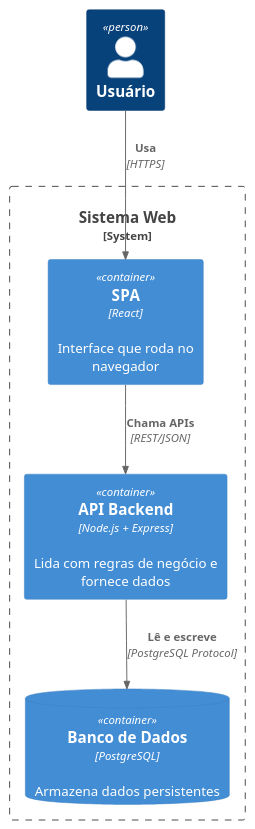
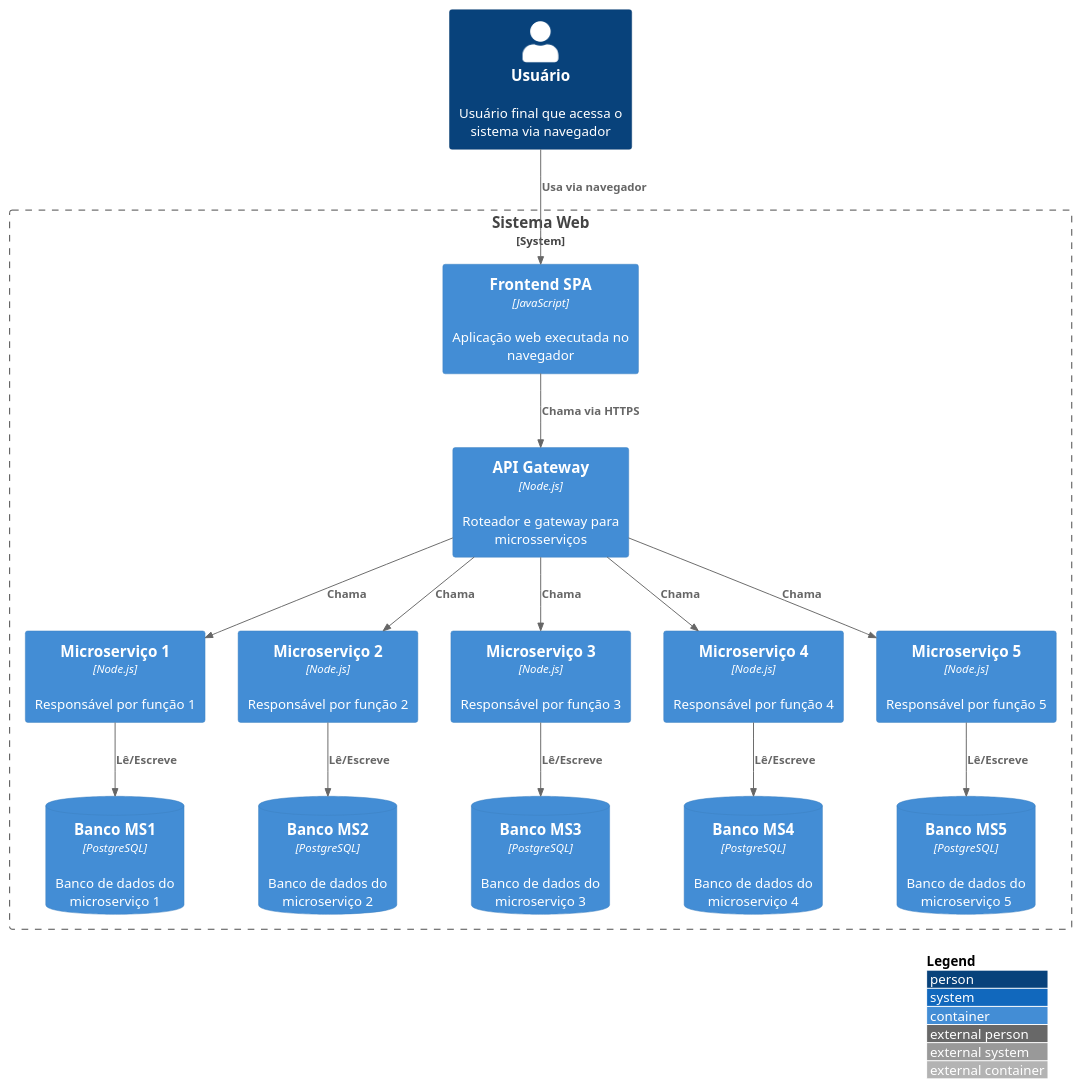
The diagram in diagrams/containers.puml (tiagodevweb/c4model), drawn with PlantUML before and after one commit. The commit also changed 1 other file, not shown here.

Commit message:
updated diagrams

```diff
--- a/diagrams/containers.puml
+++ b/diagrams/containers.puml
@@ -1,16 +1,40 @@
 @startuml C4_Container
-!includeurl https://raw.githubusercontent.com/RicardoNiepel/C4-PlantUML/master/C4_Container.puml
+!includeurl https://raw.githubusercontent.com/plantuml-stdlib/C4-PlantUML/master/C4_Container.puml
 
-Person(user, "Usuário")
+LAYOUT_WITH_LEGEND()
 
-System_Boundary(s1, "Sistema Web") {
-    Container(spa, "SPA", "React", "Interface que roda no navegador")
-    Container(api, "API Backend", "Node.js + Express", "Lida com regras de negócio e fornece dados")
-    ContainerDb(db, "Banco de Dados", "PostgreSQL", "Armazena dados persistentes")
+Person(user, "Usuário", "Usuário final que acessa o sistema via navegador")
+
+System_Boundary(system, "Sistema Web") {
+
+  Container(spa, "Frontend SPA", "JavaScript", "Aplicação web executada no navegador")
+  Container(api, "API Gateway", "Node.js", "Roteador e gateway para microsserviços")
+  
+  Container(ms1, "Microserviço 1", "Node.js", "Responsável por função 1")
+  Container(ms2, "Microserviço 2", "Node.js", "Responsável por função 2")
+  Container(ms3, "Microserviço 3", "Node.js", "Responsável por função 3")
+  Container(ms4, "Microserviço 4", "Node.js", "Responsável por função 4")
+  Container(ms5, "Microserviço 5", "Node.js", "Responsável por função 5")
+
+  ContainerDb(db1, "Banco MS1", "PostgreSQL", "Banco de dados do microserviço 1")
+  ContainerDb(db2, "Banco MS2", "PostgreSQL", "Banco de dados do microserviço 2")
+  ContainerDb(db3, "Banco MS3", "PostgreSQL", "Banco de dados do microserviço 3")
+  ContainerDb(db4, "Banco MS4", "PostgreSQL", "Banco de dados do microserviço 4")
+  ContainerDb(db5, "Banco MS5", "PostgreSQL", "Banco de dados do microserviço 5")
 }
 
-Rel(user, spa, "Usa", "HTTPS")
-Rel(spa, api, "Chama APIs", "REST/JSON")
-Rel(api, db, "Lê e escreve", "PostgreSQL Protocol")
+Rel(user, spa, "Usa via navegador")
+Rel(spa, api, "Chama via HTTPS")
+Rel(api, ms1, "Chama")
+Rel(api, ms2, "Chama")
+Rel(api, ms3, "Chama")
+Rel(api, ms4, "Chama")
+Rel(api, ms5, "Chama")
+
+Rel(ms1, db1, "Lê/Escreve")
+Rel(ms2, db2, "Lê/Escreve")
+Rel(ms3, db3, "Lê/Escreve")
+Rel(ms4, db4, "Lê/Escreve")
+Rel(ms5, db5, "Lê/Escreve")
 
 @enduml
```
